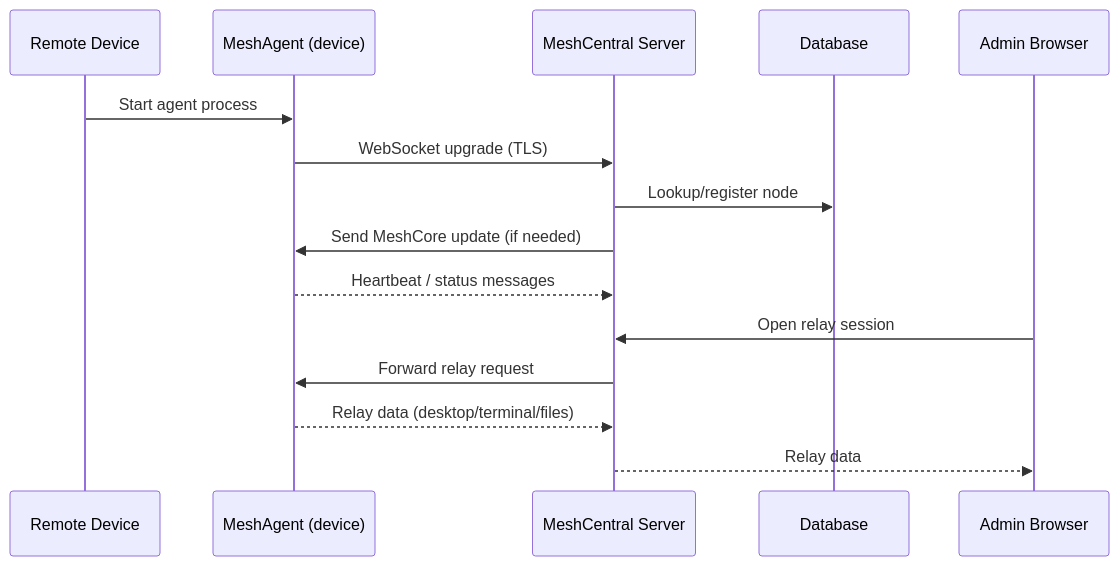
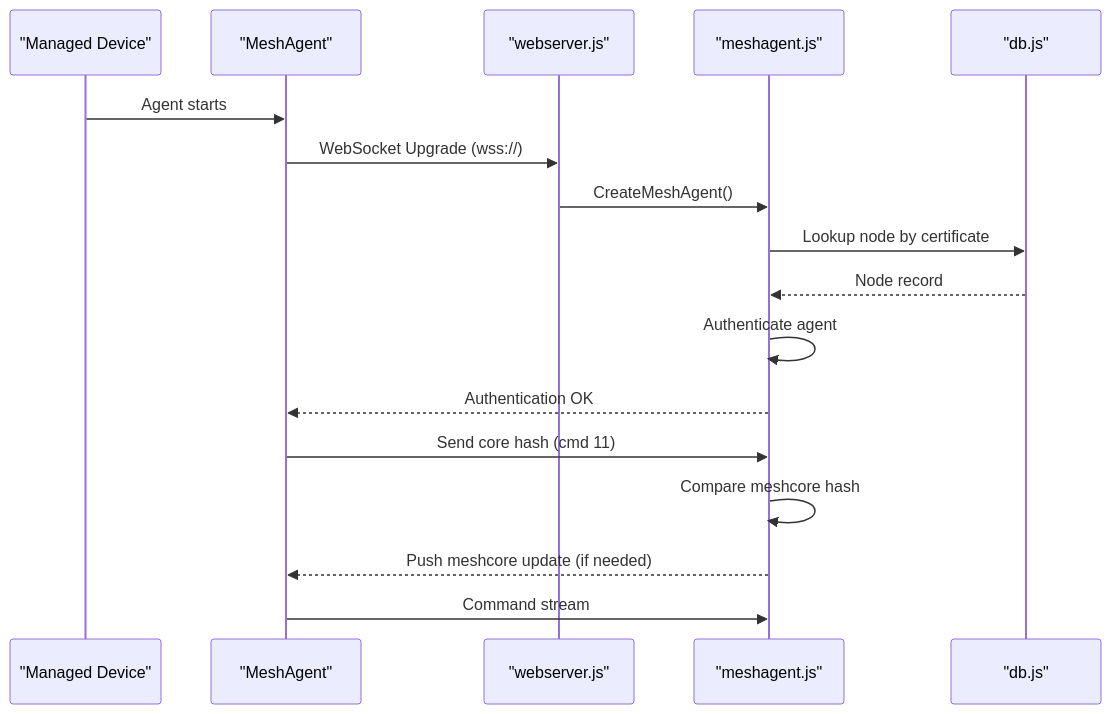
One commit to flamingo-stack/meshcentral changed the third of 5 diagrams in docs/development/architecture/README.md. Above: the diagram before and after it, drawn with Mermaid. The commit also changed other lines of this file and 8 other files, not shown here.

````diff
--- a/docs/development/architecture/README.md
+++ b/docs/development/architecture/README.md
@@ -151,19 +134,20 @@
 ```mermaid
 sequenceDiagram
-    participant Device as Remote Device
-    participant Agent as MeshAgent (device)
-    participant Server as MeshCentral Server
-    participant DB as Database
-    participant Browser as Admin Browser
+    participant Device as "Managed Device"
+    participant Agent as "MeshAgent"
+    participant WebSrv as "webserver.js"
+    participant Handler as "meshagent.js"
+    participant DB as "db.js"
 
-    Device->>Agent: Start agent process
-    Agent->>Server: WebSocket upgrade (TLS)
-    Server->>DB: Lookup/register node
-    Server->>Agent: Send MeshCore update (if needed)
-    Agent-->>Server: Heartbeat / status messages
-
-    Browser->>Server: Open relay session
-    Server->>Agent: Forward relay request
-    Agent-->>Server: Relay data (desktop/terminal/files)
-    Server-->>Browser: Relay data
+    Device->>Agent: Agent starts
+    Agent->>WebSrv: WebSocket Upgrade (wss://)
+    WebSrv->>Handler: CreateMeshAgent()
+    Handler->>DB: Lookup node by certificate
+    DB-->>Handler: Node record
+    Handler->>Handler: Authenticate agent
+    Handler-->>Agent: Authentication OK
+    Agent->>Handler: Send core hash (cmd 11)
+    Handler->>Handler: Compare meshcore hash
+    Handler-->>Agent: Push meshcore update (if needed)
+    Agent->>Handler: Command stream
 ```
````
